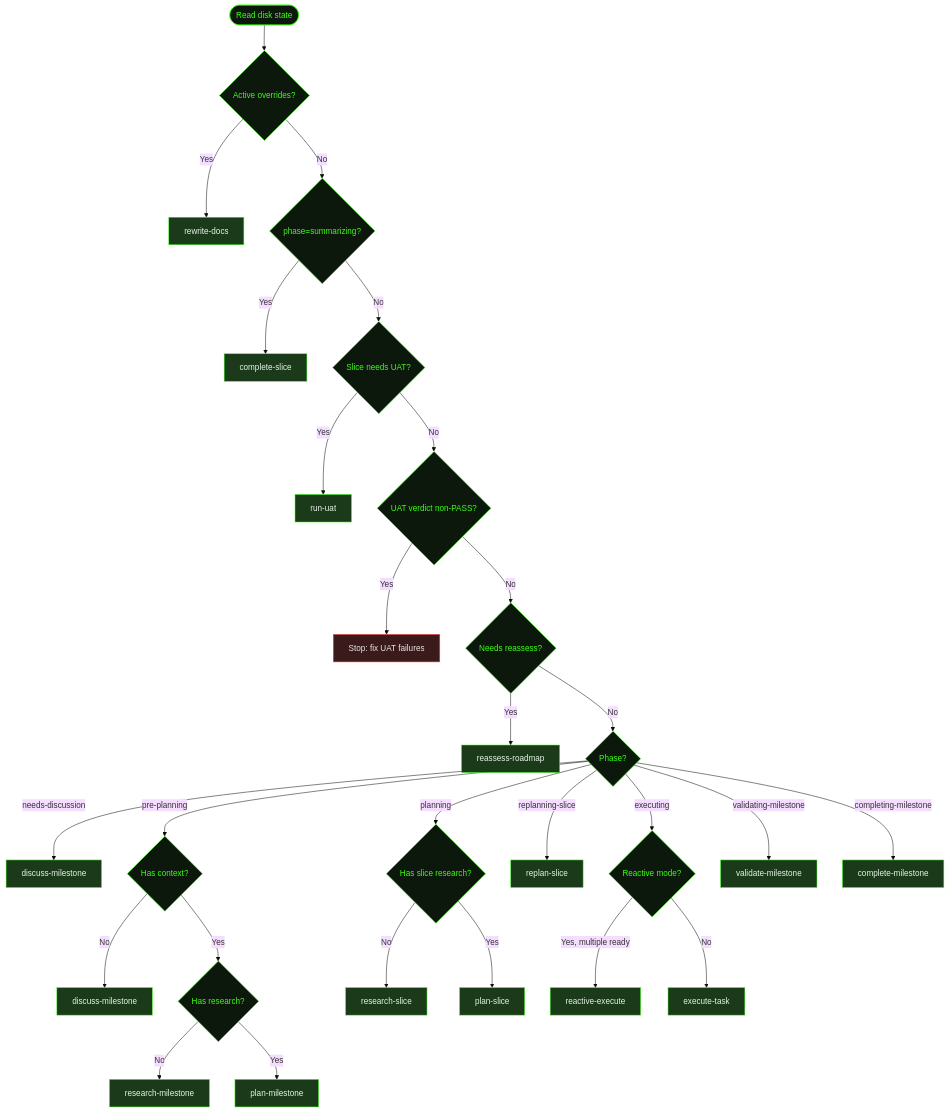
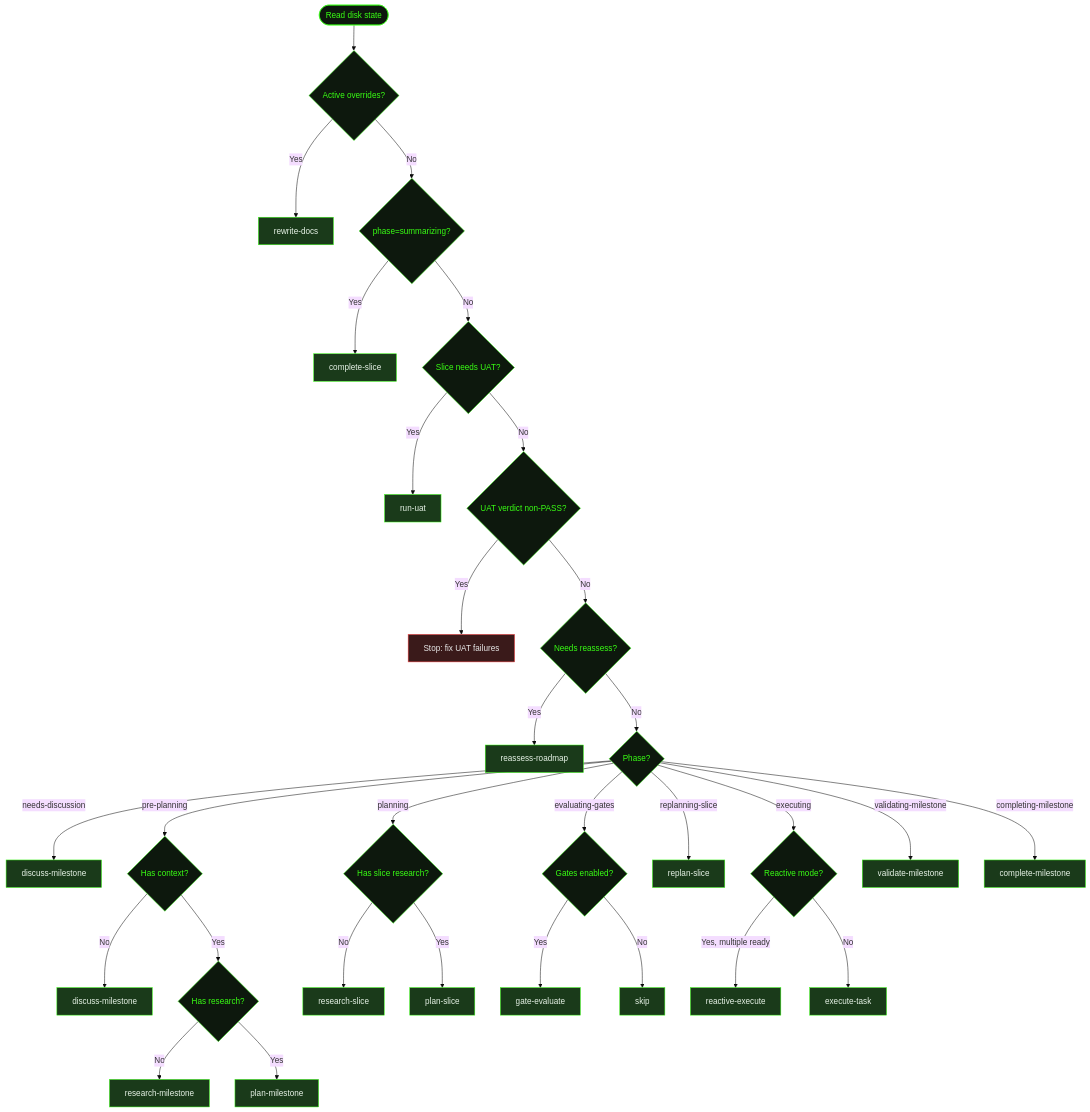
The second of 2 diagrams in src/content/docs/user-guide/developing-with-gsd.mdx (shusha-group/gsd2-guide), drawn with Mermaid (base theme) before and after one commit. The commit also changed other lines of this file and 4 other files, not shown here.

````diff
--- a/src/content/docs/user-guide/developing-with-gsd.mdx
+++ b/src/content/docs/user-guide/developing-with-gsd.mdx
@@ -295,64 +295,71 @@
 ```mermaid
 flowchart TD
     Start([Read disk state]) --> OG{Active overrides?}
     OG -->|Yes| RD[rewrite-docs]
     OG -->|No| Sum{phase=summarizing?}
 
     Sum -->|Yes| CS[complete-slice]
     Sum -->|No| UAT{Slice needs UAT?}
 
     UAT -->|Yes| RU[run-uat]
     UAT -->|No| UATv{UAT verdict non-PASS?}
     UATv -->|Yes| StopUAT[Stop: fix UAT failures]
     UATv -->|No| RA{Needs reassess?}
     RA -->|Yes| RAss[reassess-roadmap]
     RA -->|No| Check{Phase?}
 
     Check -->|needs-discussion| DM[discuss-milestone]
     Check -->|pre-planning| NeedCtx{Has context?}
     NeedCtx -->|No| DM2[discuss-milestone]
     NeedCtx -->|Yes| NeedRes{Has research?}
     NeedRes -->|No| RM[research-milestone]
     NeedRes -->|Yes| PM[plan-milestone]
 
     Check -->|planning| SR{Has slice research?}
     SR -->|No| RS[research-slice]
     SR -->|Yes| PS[plan-slice]
+
+    Check -->|evaluating-gates| GE{Gates enabled?}
+    GE -->|Yes| EG[gate-evaluate]
+    GE -->|No| Skip[skip]
 
     Check -->|replanning-slice| RP[replan-slice]
 
     Check -->|executing| Reactive{Reactive mode?}
     Reactive -->|Yes, multiple ready| RE[reactive-execute]
     Reactive -->|No| ET[execute-task]
 
     Check -->|validating-milestone| VM[validate-milestone]
     Check -->|completing-milestone| CM[complete-milestone]
 
     style Start fill:#0d180d,stroke:#39ff14,color:#39ff14
     style OG fill:#0d180d,stroke:#39ff14,color:#39ff14
     style Sum fill:#0d180d,stroke:#39ff14,color:#39ff14
     style UAT fill:#0d180d,stroke:#39ff14,color:#39ff14
     style UATv fill:#0d180d,stroke:#39ff14,color:#39ff14
     style RA fill:#0d180d,stroke:#39ff14,color:#39ff14
     style Check fill:#0d180d,stroke:#39ff14,color:#39ff14
     style NeedCtx fill:#0d180d,stroke:#39ff14,color:#39ff14
     style NeedRes fill:#0d180d,stroke:#39ff14,color:#39ff14
     style SR fill:#0d180d,stroke:#39ff14,color:#39ff14
     style Reactive fill:#0d180d,stroke:#39ff14,color:#39ff14
     style RD fill:#1a3a1a,stroke:#39ff14,color:#e8f4e8
     style CS fill:#1a3a1a,stroke:#39ff14,color:#e8f4e8
     style RU fill:#1a3a1a,stroke:#39ff14,color:#e8f4e8
     style RAss fill:#1a3a1a,stroke:#39ff14,color:#e8f4e8
     style DM fill:#1a3a1a,stroke:#39ff14,color:#e8f4e8
     style DM2 fill:#1a3a1a,stroke:#39ff14,color:#e8f4e8
     style RM fill:#1a3a1a,stroke:#39ff14,color:#e8f4e8
     style PM fill:#1a3a1a,stroke:#39ff14,color:#e8f4e8
     style RS fill:#1a3a1a,stroke:#39ff14,color:#e8f4e8
     style PS fill:#1a3a1a,stroke:#39ff14,color:#e8f4e8
     style RP fill:#1a3a1a,stroke:#39ff14,color:#e8f4e8
     style RE fill:#1a3a1a,stroke:#39ff14,color:#e8f4e8
     style ET fill:#1a3a1a,stroke:#39ff14,color:#e8f4e8
     style VM fill:#1a3a1a,stroke:#39ff14,color:#e8f4e8
     style CM fill:#1a3a1a,stroke:#39ff14,color:#e8f4e8
+    style GE fill:#0d180d,stroke:#39ff14,color:#39ff14
+    style EG fill:#1a3a1a,stroke:#39ff14,color:#e8f4e8
+    style Skip fill:#1a3a1a,stroke:#39ff14,color:#e8f4e8
     style StopUAT fill:#3a1a1a,stroke:#ff4444,color:#e8e8e8
 ```
````
